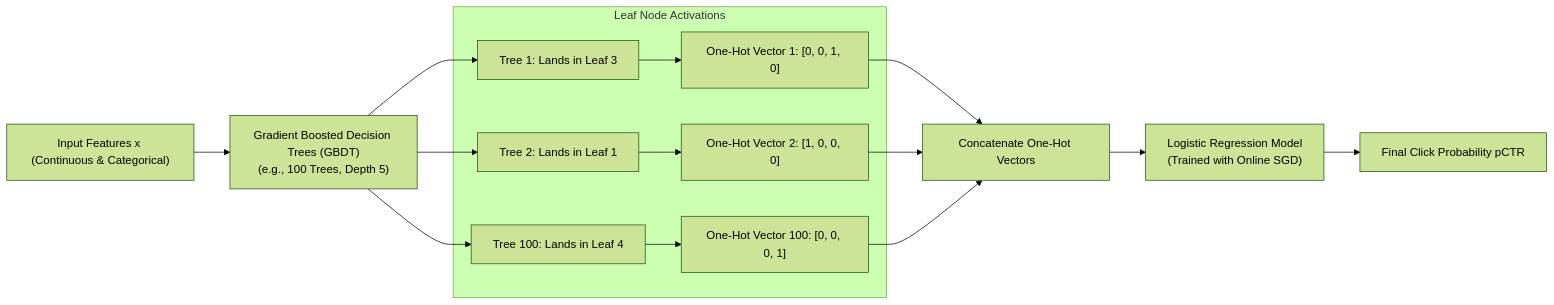
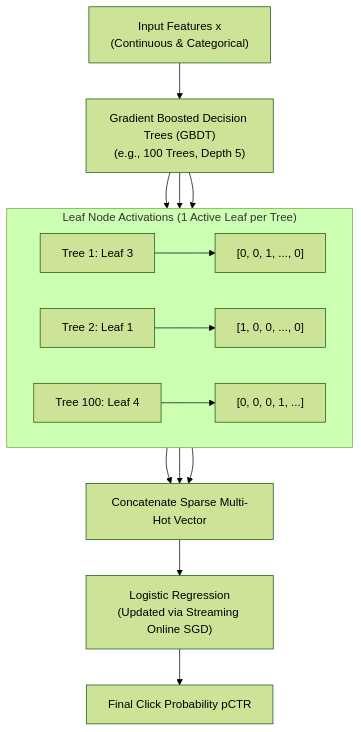
One commit to jyotipmahes/ML-Interview-Prep changed the sixth of 15 diagrams in System_Design/01_Recommendation_Systems/Part_2_Ranking_PreRanking_and_Feature_Engineering.md. Above: the diagram before and after it, drawn with Mermaid (forest theme). The commit also changed other lines of this file, not shown here.

````diff
--- a/System_Design/01_Recommendation_Systems/Part_2_Ranking_PreRanking_and_Feature_Engineering.md
+++ b/System_Design/01_Recommendation_Systems/Part_2_Ranking_PreRanking_and_Feature_Engineering.md
@@ -291,21 +349,22 @@
 ```mermaid
-flowchart LR
-    InputFeatures["Input Features x (Continuous & Categorical)"] --> Trees["Gradient Boosted Decision Trees (GBDT)<br/>(e.g., 100 Trees, Depth 5)"]
-    
-    subgraph GBDT_Leaves ["Leaf Node Activations"]
-        T1["Tree 1: Lands in Leaf 3"] --> OHE1["One-Hot Vector 1: [0, 0, 1, 0]"]
-        T2["Tree 2: Lands in Leaf 1"] --> OHE2["One-Hot Vector 2: [1, 0, 0, 0]"]
-        T100["Tree 100: Lands in Leaf 4"] --> OHE100["One-Hot Vector 100: [0, 0, 0, 1]"]
+flowchart TD
+    InputFeatures["Input Features x<br/>(Continuous & Categorical)"] --> Trees["Gradient Boosted Decision Trees (GBDT)<br/>(e.g., 100 Trees, Depth 5)"]
+
+    subgraph GBDT_Leaves ["Leaf Node Activations (1 Active Leaf per Tree)"]
+        direction LR
+        T1["Tree 1: Leaf 3"] --> OHE1["[0, 0, 1, ..., 0]"]
+        T2["Tree 2: Leaf 1"] --> OHE2["[1, 0, 0, ..., 0]"]
+        T100["Tree 100: Leaf 4"] --> OHE100["[0, 0, 0, 1, ...]"]
     end
 
     Trees --> T1
     Trees --> T2
     Trees --> T100
 
-    OHE1 --> Concat["Concatenate One-Hot Vectors"]
+    OHE1 --> Concat["Concatenate Sparse Multi-Hot Vector"]
     OHE2 --> Concat
     OHE100 --> Concat
 
-    Concat --> Linear["Logistic Regression Model<br/>(Trained with Online SGD)"]
+    Concat --> Linear["Logistic Regression<br/>(Updated via Streaming Online SGD)"]
     Linear --> Pred["Final Click Probability pCTR"]
 ```
````
